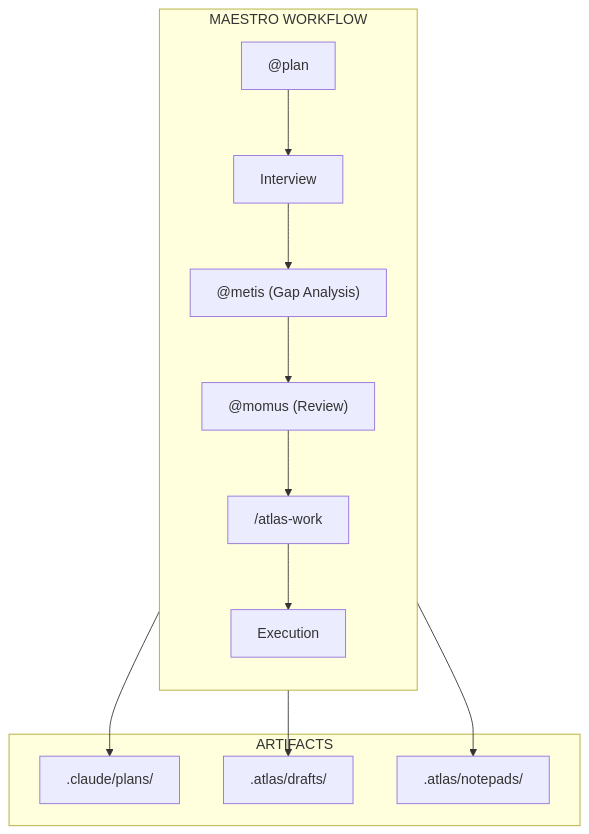
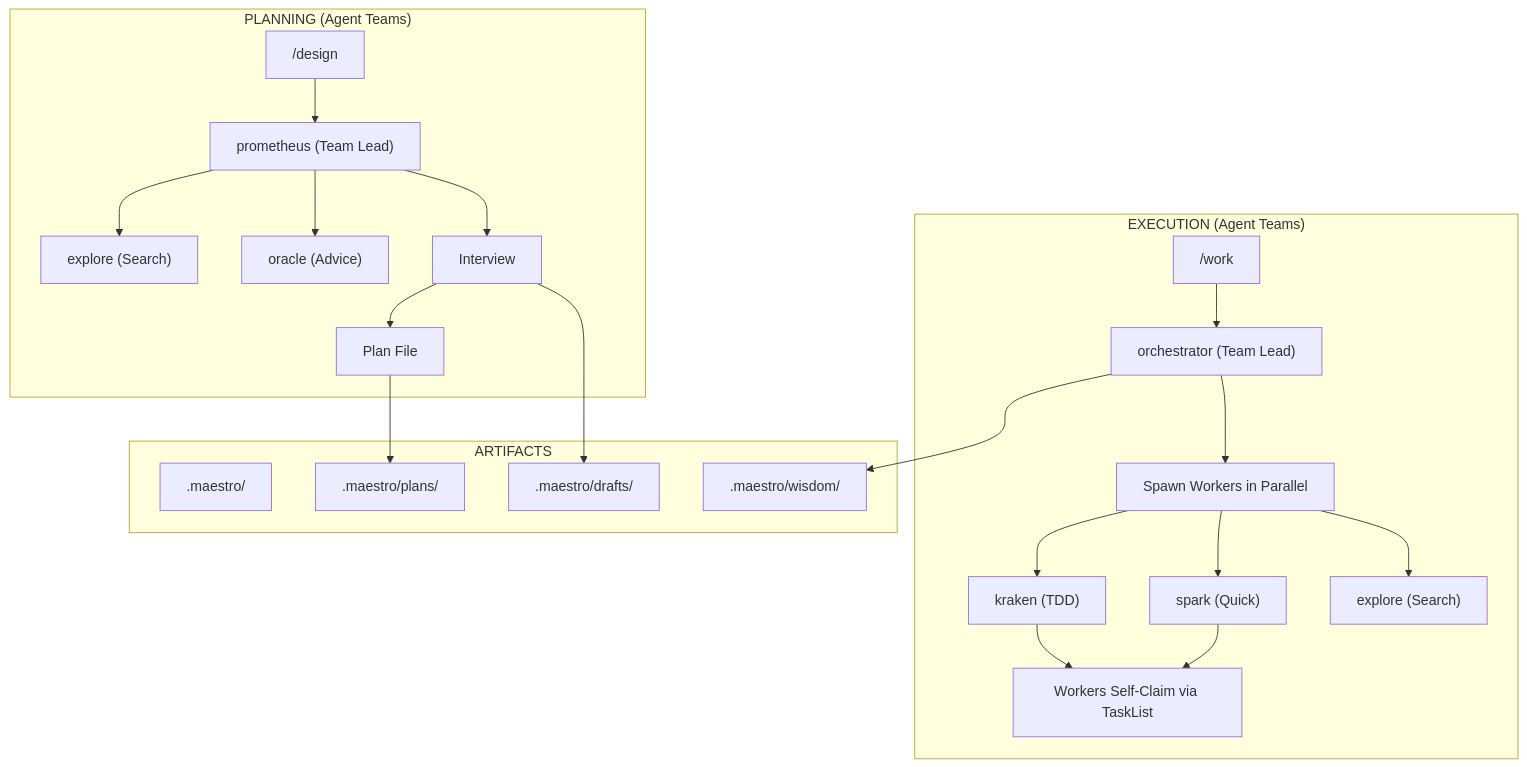
The diagram in docs/ARCHITECTURE.md (ReinaMacCredy/maestro), drawn with Mermaid before and after one commit. The commit also changed other lines of this file and 143 other files, not shown here.

First line of the commit message:
refactor!: consolidate to 6-agent architecture with Agent Teams

````diff
--- a/docs/ARCHITECTURE.md
+++ b/docs/ARCHITECTURE.md
@@ -7,21 +7,31 @@
 ```mermaid
 flowchart TB
-    subgraph WORKFLOW["MAESTRO WORKFLOW"]
-        direction TB
-        PLAN["@plan"] --> INTERVIEW["Interview"]
-        INTERVIEW --> METIS["@metis (Gap Analysis)"]
-        METIS --> MOMUS["@momus (Review)"]
-        MOMUS --> WORK["/atlas-work"]
-        WORK --> EXECUTE["Execution"]
+    subgraph PLANNING["PLANNING (Agent Teams)"]
+        PLAN["/design"] --> PROMETHEUS["prometheus (Team Lead)"]
+        PROMETHEUS --> EXPLORE_P["explore (Search)"]
+        PROMETHEUS --> ORACLE_P["oracle (Advice)"]
+        PROMETHEUS --> INTERVIEW["Interview"]
+        INTERVIEW --> PLANFILE["Plan File"]
+    end
+
+    subgraph EXECUTION["EXECUTION (Agent Teams)"]
+        WORK["/work"] --> LEAD["orchestrator (Team Lead)"]
+        LEAD --> TEAMMATES["Spawn Workers in Parallel"]
+        TEAMMATES --> KRAKEN["kraken (TDD)"]
+        TEAMMATES --> SPARK["spark (Quick)"]
+        TEAMMATES --> EXPLORE["explore (Search)"]
+        KRAKEN --> SELFCLAIM["Workers Self-Claim via TaskList"]
+        SPARK --> SELFCLAIM
     end
 
     subgraph ARTIFACTS["ARTIFACTS"]
-        PLANS[".claude/plans/"]
-        DRAFTS[".atlas/drafts/"]
-        WISDOM[".atlas/notepads/"]
+        MAESTRO[".maestro/"]
+        PLANS[".maestro/plans/"]
+        DRAFTS[".maestro/drafts/"]
+        WISDOM[".maestro/wisdom/"]
     end
 
+    PLANFILE --> PLANS
     INTERVIEW --> DRAFTS
-    MOMUS --> PLANS
-    EXECUTE --> WISDOM
+    LEAD --> WISDOM
 ```
````
